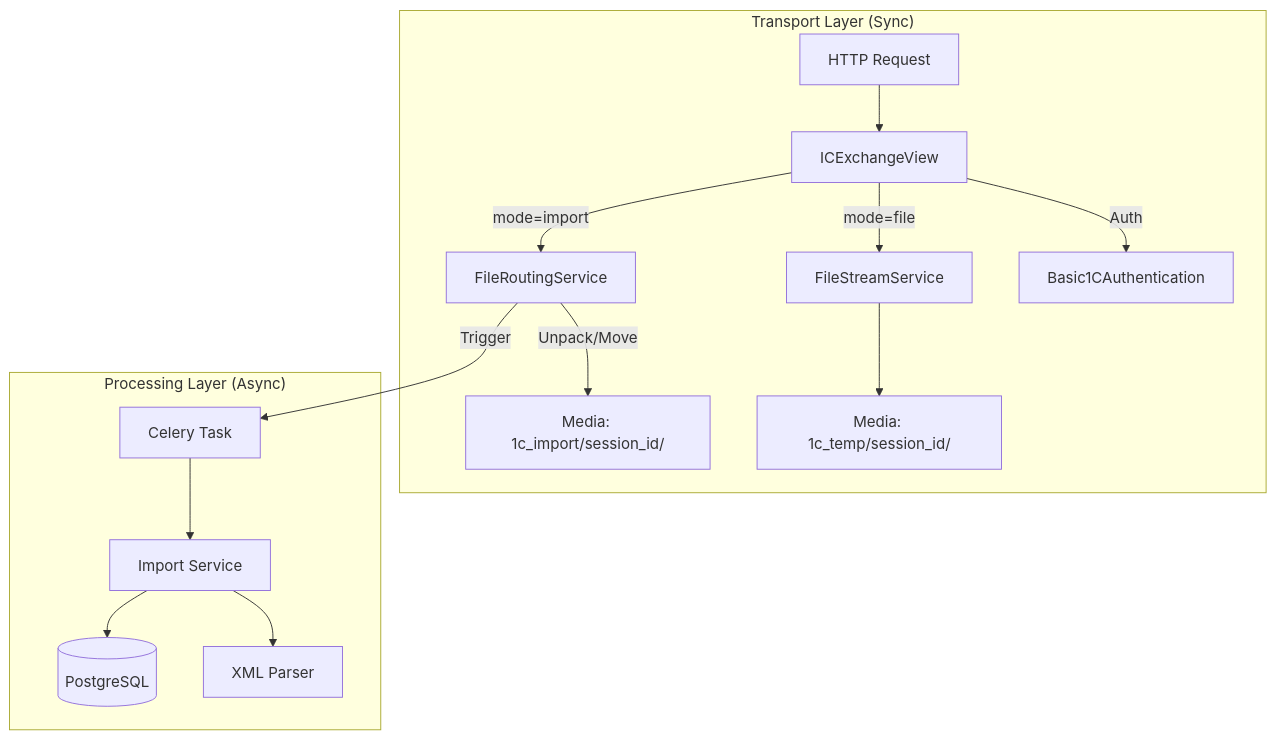
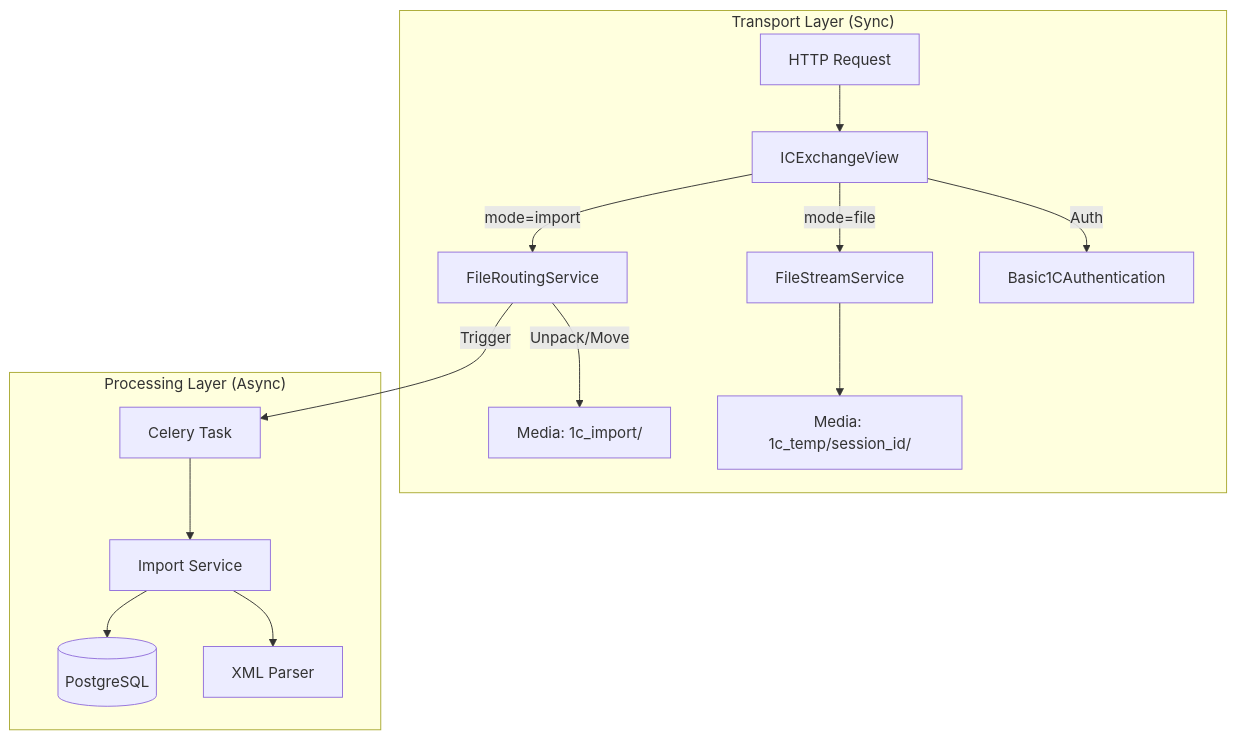
Before and after one commit to AlexMobiCraft/FREESPORT: the second of 4 diagrams in docs/integrations/1c/architecture.md, drawn with Mermaid. The commit also changed 9 other files, not shown here.

````diff
--- a/docs/integrations/1c/architecture.md
+++ b/docs/integrations/1c/architecture.md
@@ -249,18 +249,18 @@
 ```mermaid
 graph TD
     subgraph "Transport Layer (Sync)"
         req[HTTP Request] --> View[ICExchangeView]
         View -- Auth --> Auth[Basic1CAuthentication]
         View -- "mode=file" --> FSS[FileStreamService]
         FSS --> Temp[Media: 1c_temp/session_id/]
         View -- "mode=import" --> Router[FileRoutingService]
-        Router -- Unpack/Move --> ImportDir[Media: 1c_import/session_id/]
+        Router -- Unpack/Move --> ImportDir[Media: 1c_import/]
     end
 
     subgraph "Processing Layer (Async)"
         Router -- Trigger --> Celery[Celery Task]
         Celery --> SVC[Import Service]
         SVC --> Parser[XML Parser]
         SVC --> DB[(PostgreSQL)]
     end
 ```
````
